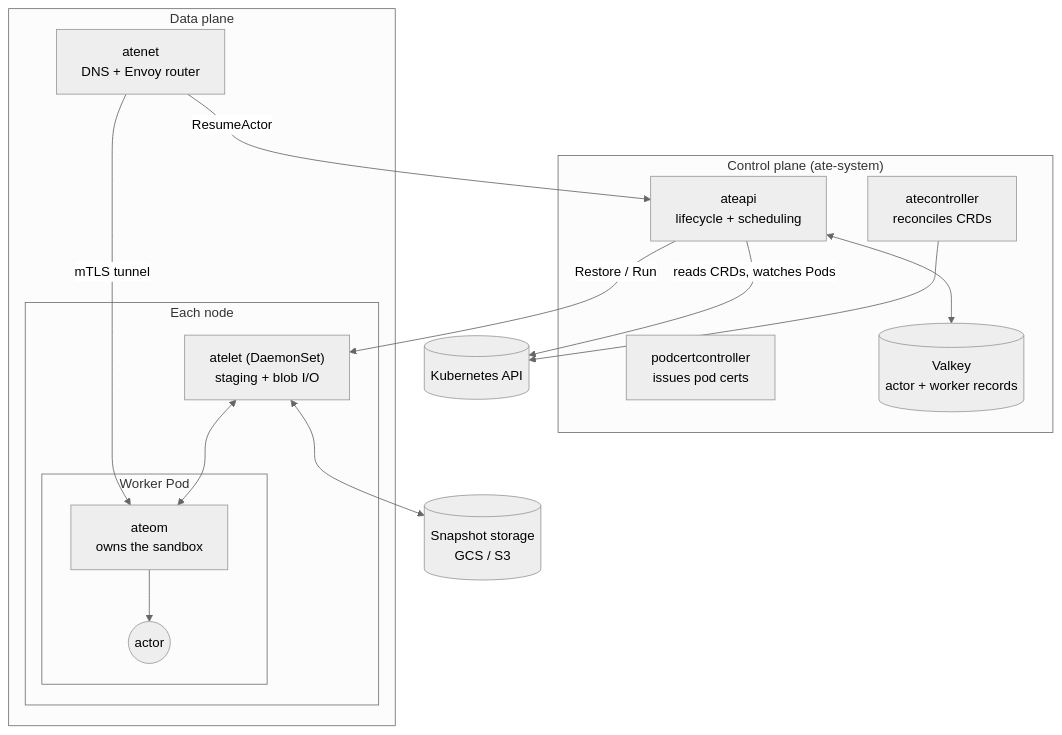
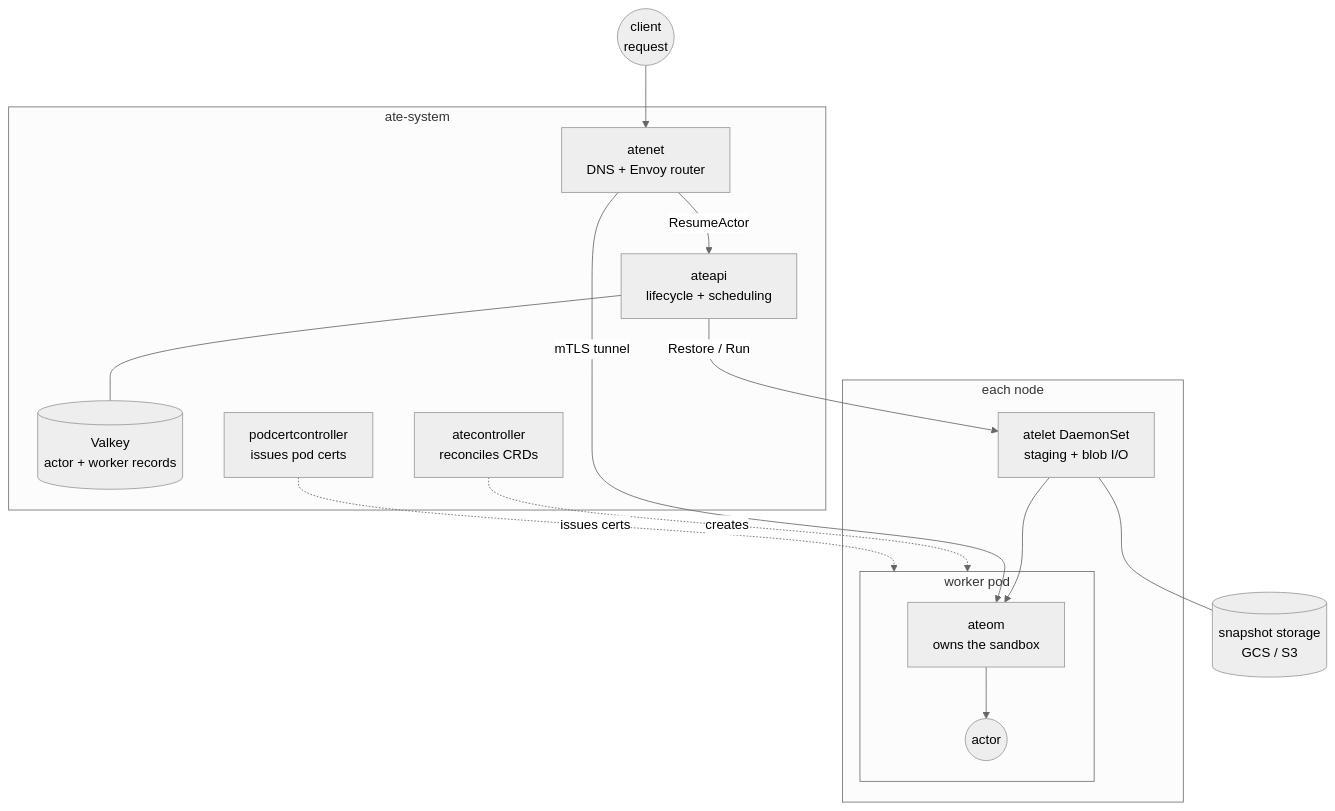
One commit to omeryahud/substrate changed the second of 4 diagrams in docs/internals.md. Above: the diagram before and after it, drawn with Mermaid (neutral theme). The commit also changed other lines of this file, not shown here.

First paragraph of the commit message:
docs: fix mermaid diagram errors in internals guide
Verified every diagram by parsing it with mermaid 11.16 and rendering
it to SVG/PNG through mermaid-cli in real Chromium.

````diff
--- a/docs/internals.md
+++ b/docs/internals.md
@@ -116,31 +116,33 @@
 ```mermaid
 flowchart TB
-    subgraph CP["Control plane (ate-system)"]
+    CLIENT(("client<br/>request"))
+
+    subgraph ATE["ate-system"]
+        NET["atenet<br/>DNS + Envoy router"]
         API["ateapi<br/>lifecycle + scheduling"]
+        DB[("Valkey<br/>actor + worker records")]
         CTRL["atecontroller<br/>reconciles CRDs"]
         PCC["podcertcontroller<br/>issues pod certs"]
-        DB[("Valkey<br/>actor + worker records")]
-        API <--> DB
     end
-    subgraph DP["Data plane"]
-        NET["atenet<br/>DNS + Envoy router"]
-        subgraph Node["Each node"]
-            LET["atelet (DaemonSet)<br/>staging + blob I/O"]
-            subgraph Pod["Worker Pod"]
-                OM["ateom<br/>owns the sandbox"]
-                ACT(("actor"))
-            end
-            LET <--> OM
-            OM --> ACT
+
+    subgraph NODE["each node"]
+        LET["atelet DaemonSet<br/>staging + blob I/O"]
+        subgraph POD["worker pod"]
+            OM["ateom<br/>owns the sandbox"]
+            ACT(("actor"))
         end
     end
-    STORE[("Snapshot storage<br/>GCS / S3")]
-    K8S[("Kubernetes API")]
 
+    STORE[("snapshot storage<br/>GCS / S3")]
+
+    CLIENT --> NET
     NET -->|ResumeActor| API
+    API --- DB
     API -->|Restore / Run| LET
-    LET <--> STORE
-    CTRL --> K8S
-    API -->|reads CRDs, watches Pods| K8S
+    LET --> OM
+    OM --> ACT
     NET -->|mTLS tunnel| OM
+    LET --- STORE
+    CTRL -.creates.-> POD
+    PCC -.issues certs.-> POD
 ```
````
